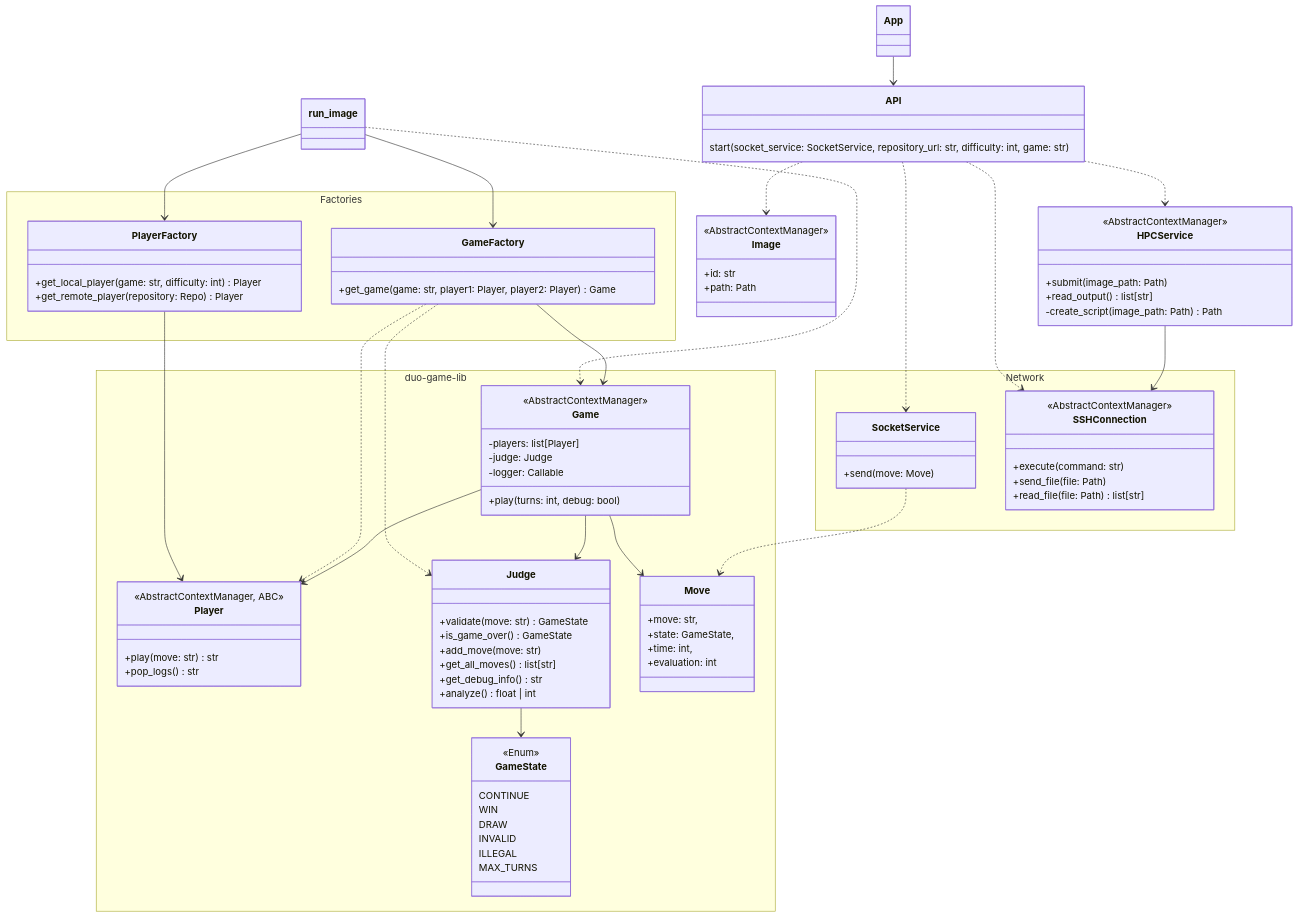
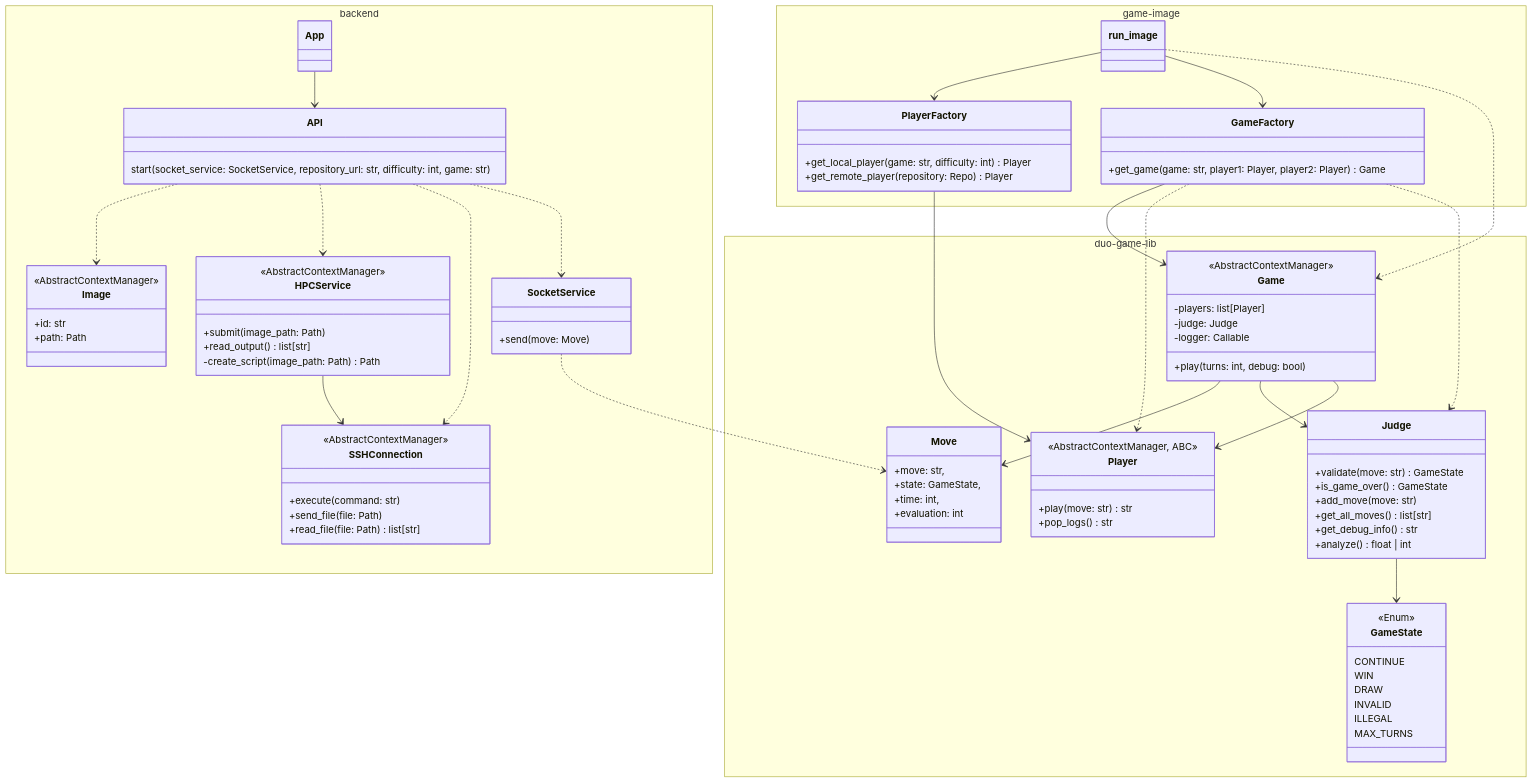
One commit to game-ai-platform-team/tira-ai-platform changed the second of 4 diagrams in docs/architecture.md. Above: the diagram before and after it, drawn with Mermaid. The commit also changed other lines of this file, not shown here.

Commit message:
docs(#124): Update architecture document

```diff
--- a/docs/architecture.md
+++ b/docs/architecture.md
@@ -150,35 +104,26 @@
 
 SocketService ..> Move
 
-class API {
-    start(socket_service: SocketService, repository_url: str, difficulty: int, game: str)
-}
+namespace backend {
+    class App
 
-class HPCService {
-    <<AbstractContextManager>>
-    +submit(image_path: Path)
-    +read_output() list[str]
-    -create_script(image_path: Path) Path
-}
-
-class Image {
-    <<AbstractContextManager>>
-    +id: str
-    +path: Path
-}
-
-namespace Factories {
-    class GameFactory {
-        +get_game(game: str, player1: Player, player2: Player) Game
+    class API {
+        start(socket_service: SocketService, repository_url: str, difficulty: int, game: str)
     }
 
-    class PlayerFactory {
-        +get_local_player(game: str, difficulty: int) Player
-        +get_remote_player(repository: Repo) Player
+    class HPCService {
+        <<AbstractContextManager>>
+        +submit(image_path: Path)
+        +read_output() list[str]
+        -create_script(image_path: Path) Path
     }
-}
 
-namespace Network {
+    class Image {
+        <<AbstractContextManager>>
+        +id: str
+        +path: Path
+    }
+
     class SSHConnection {
         <<AbstractContextManager>>
         +execute(command: str)
@@ -188,6 +133,19 @@
 
     class SocketService {
         +send(move: Move)
+    }
+}
+
+namespace game-image {
+    class run_image
+
+    class GameFactory {
+        +get_game(game: str, player1: Player, player2: Player) Game
+    }
+
+    class PlayerFactory {
+        +get_local_player(game: str, difficulty: int) Player
+        +get_remote_player(repository: Repo) Player
     }
 }
 
```
